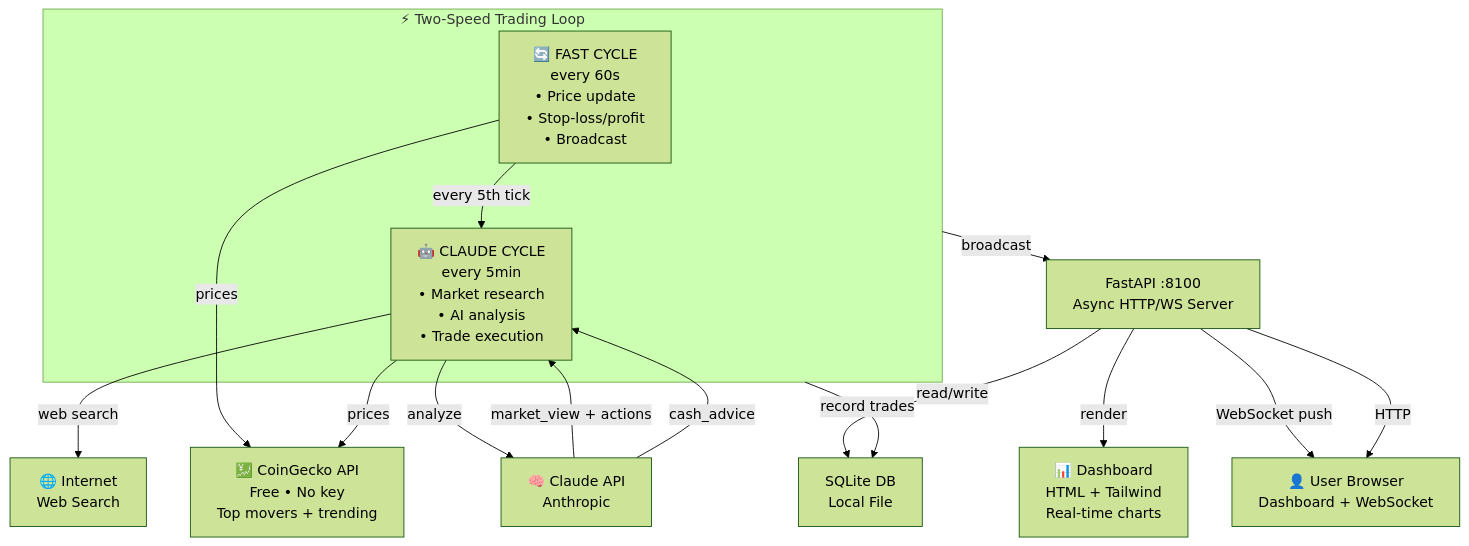
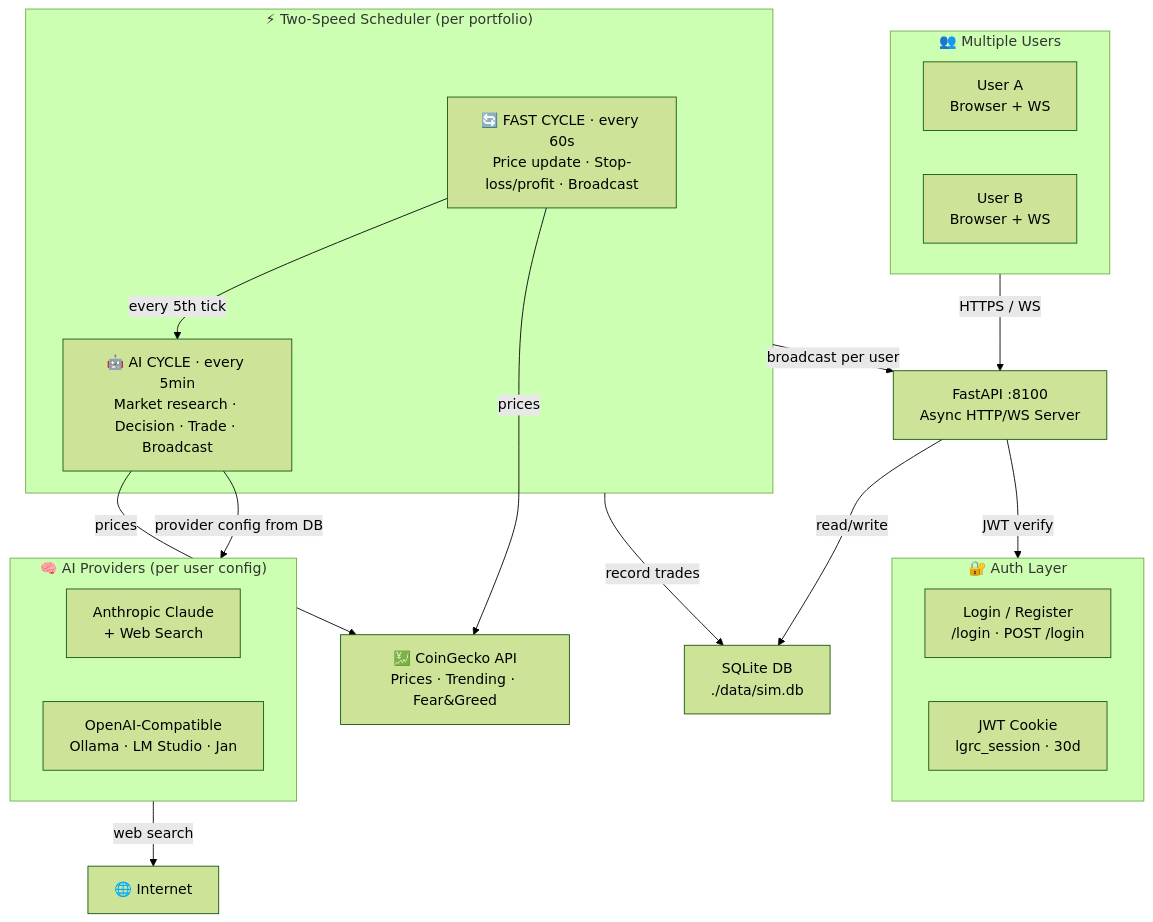
Before and after one commit to manojbarot1/LGRC---Lets-Get-Rich-with-Crypto: the diagram in README.md, drawn with Mermaid (forest theme). The commit also changed other lines of this file and 2 other files, not shown here.

````diff
--- a/README.md
+++ b/README.md
@@ -25,28 +29,38 @@
 ```mermaid
 graph TB
-  User["👤 User Browser<br/>Dashboard + WebSocket"]
+  subgraph Users["👥 Multiple Users"]
+    UserA["User A<br/>Browser + WS"]
+    UserB["User B<br/>Browser + WS"]
+  end
+
+  subgraph Auth["🔐 Auth Layer"]
+    Login["Login / Register<br/>/login · POST /login"]
+    JWT["JWT Cookie<br/>lgrc_session · 30d"]
+  end
+
   FastAPI["FastAPI :8100<br/>Async HTTP/WS Server"]
-  DB["SQLite DB<br/>Local File"]
-  
-  subgraph Scheduler["⚡ Two-Speed Trading Loop"]
-    Fast["🔄 FAST CYCLE<br/>every 60s<br/>• Price update<br/>• Stop-loss/profit<br/>• Broadcast"]
-    Claude["🤖 CLAUDE CYCLE<br/>every 5min<br/>• Market research<br/>• AI analysis<br/>• Trade execution"]
-    Fast -->|every 5th tick| Claude
+  DB["SQLite DB<br/>./data/sim.db"]
+
+  subgraph Scheduler["⚡ Two-Speed Scheduler (per portfolio)"]
+    Fast["🔄 FAST CYCLE · every 60s<br/>Price update · Stop-loss/profit · Broadcast"]
+    AIcycle["🤖 AI CYCLE · every 5min<br/>Market research · Decision · Trade · Broadcast"]
+    Fast -->|every 5th tick| AIcycle
   end
-  
-  Claude -->|web search| Internet["🌐 Internet<br/>Web Search"]
-  Fast -->|prices| CoinGecko["💹 CoinGecko API<br/>Free • No key<br/>Top movers + trending"]
-  Claude -->|prices| CoinGecko
-  Claude -->|analyze| AnthropicAPI["🧠 Claude API<br/>Anthropic"]
-  
-  FastAPI -->|render| Dashboard["📊 Dashboard<br/>HTML + Tailwind<br/>Real-time charts"]
+
+  subgraph AI["🧠 AI Providers (per user config)"]
+    Claude["Anthropic Claude<br/>+ Web Search"]
+    Local["OpenAI-Compatible<br/>Ollama · LM Studio · Jan"]
+  end
+
+  CoinGecko["💹 CoinGecko API<br/>Prices · Trending · Fear&Greed"]
+
+  Users -->|HTTPS / WS| FastAPI
+  FastAPI -->|JWT verify| Auth
   FastAPI -->|read/write| DB
-  FastAPI -->|WebSocket push| User
-  FastAPI -->|HTTP| User
-  
   Scheduler -->|record trades| DB
-  Scheduler -->|broadcast| FastAPI
-  
-  AnthropicAPI -->|market_view + actions| Claude
-  AnthropicAPI -->|cash_advice| Claude
+  Scheduler -->|broadcast per user| FastAPI
+  AIcycle -->|provider config from DB| AI
+  AI -->|web search| Internet["🌐 Internet"]
+  Fast -->|prices| CoinGecko
+  AIcycle -->|prices| CoinGecko
 ```
````
